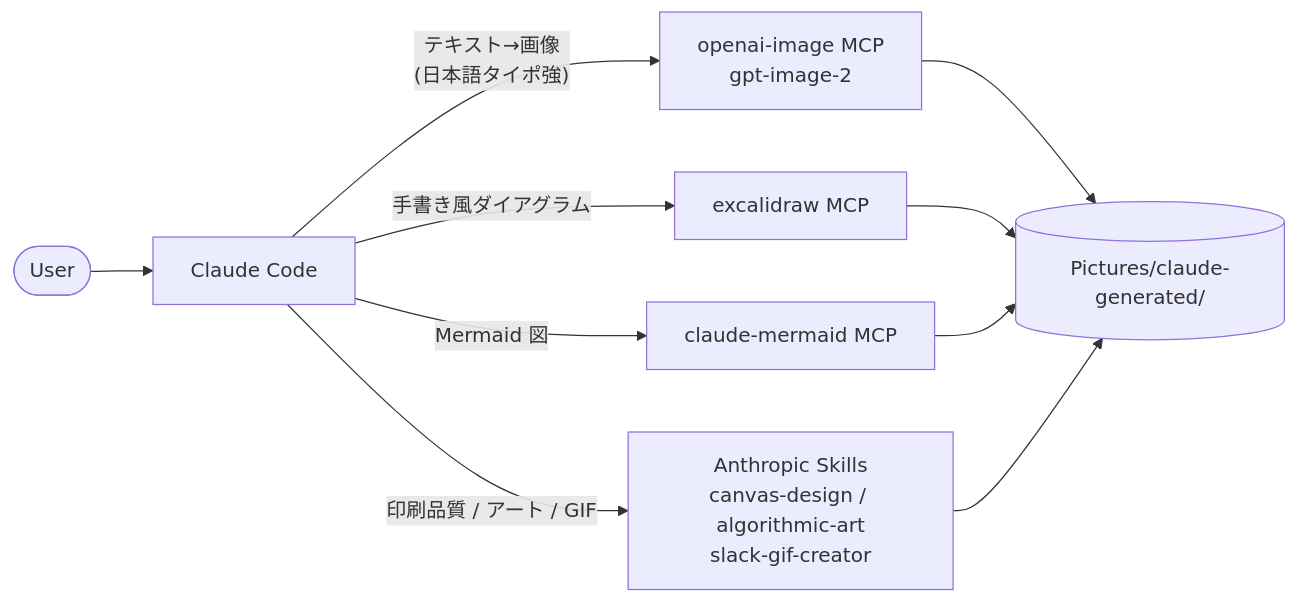
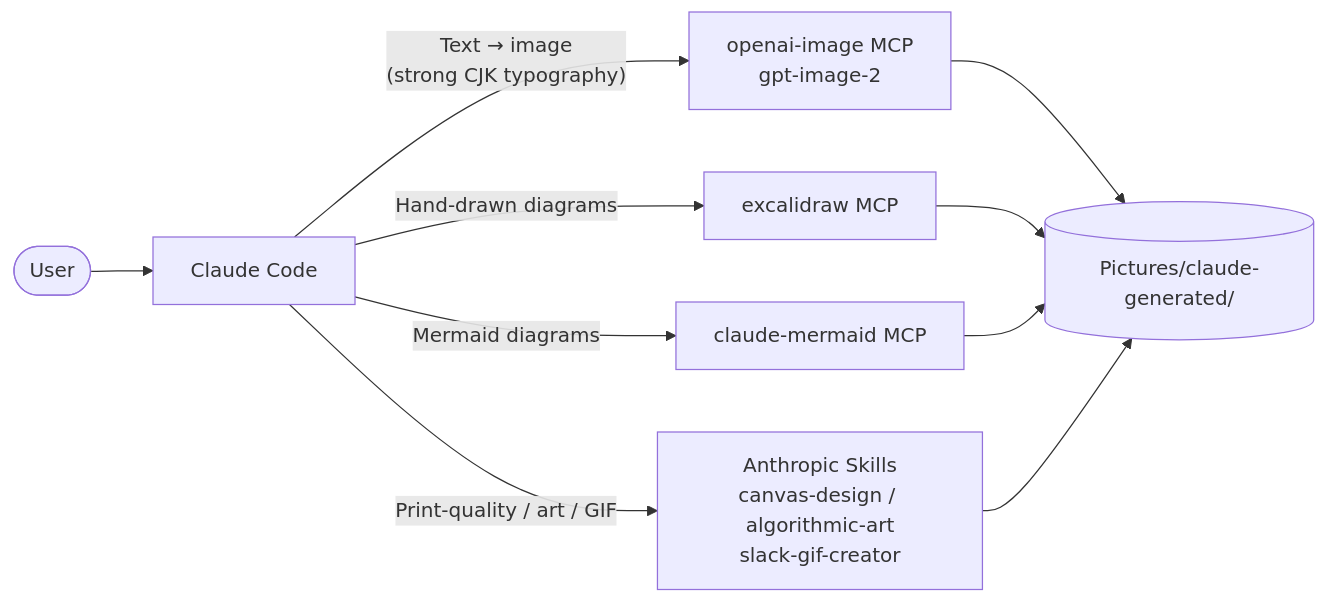
The diagram in README.md (kitepon-rgb/claude-image-tools), drawn with Mermaid before and after one commit. The commit also changed other lines of this file and 3 other files, not shown here.

````diff
--- a/README.md
+++ b/README.md
@@ -30,12 +31,12 @@
 ```mermaid
 flowchart LR
     user([User]) --> cc[Claude Code]
-    cc -->|"テキスト→画像<br/>(日本語タイポ強)"| openai[openai-image MCP<br/>gpt-image-2]
-    cc -->|"手書き風ダイアグラム"| excal[excalidraw MCP]
-    cc -->|"Mermaid 図"| mermaid[claude-mermaid MCP]
-    cc -->|"印刷品質 / アート / GIF"| skills[Anthropic Skills<br/>canvas-design / algorithmic-art<br/>slack-gif-creator]
+    cc -->|"Text → image<br/>(strong CJK typography)"| openai[openai-image MCP<br/>gpt-image-2]
+    cc -->|"Hand-drawn diagrams"| excal[excalidraw MCP]
+    cc -->|"Mermaid diagrams"| mermaid[claude-mermaid MCP]
+    cc -->|"Print-quality / art / GIF"| skills[Anthropic Skills<br/>canvas-design / algorithmic-art<br/>slack-gif-creator]
     openai --> out[(Pictures/claude-generated/)]
     excal --> out
     mermaid --> out
     skills --> out
 ```
````
